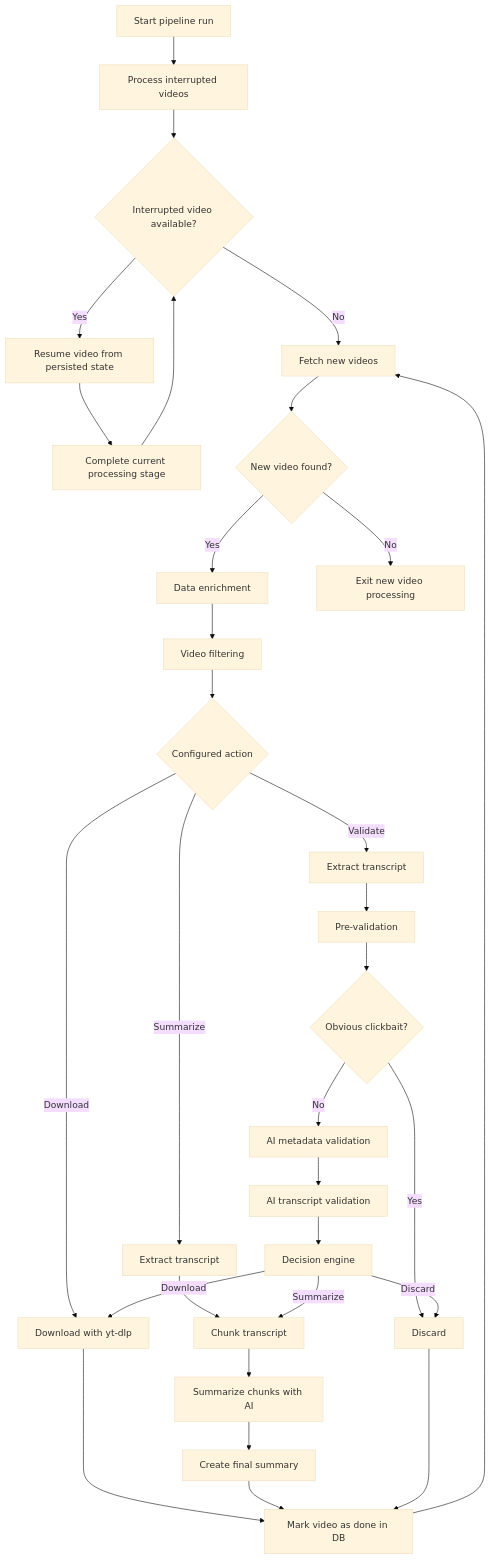
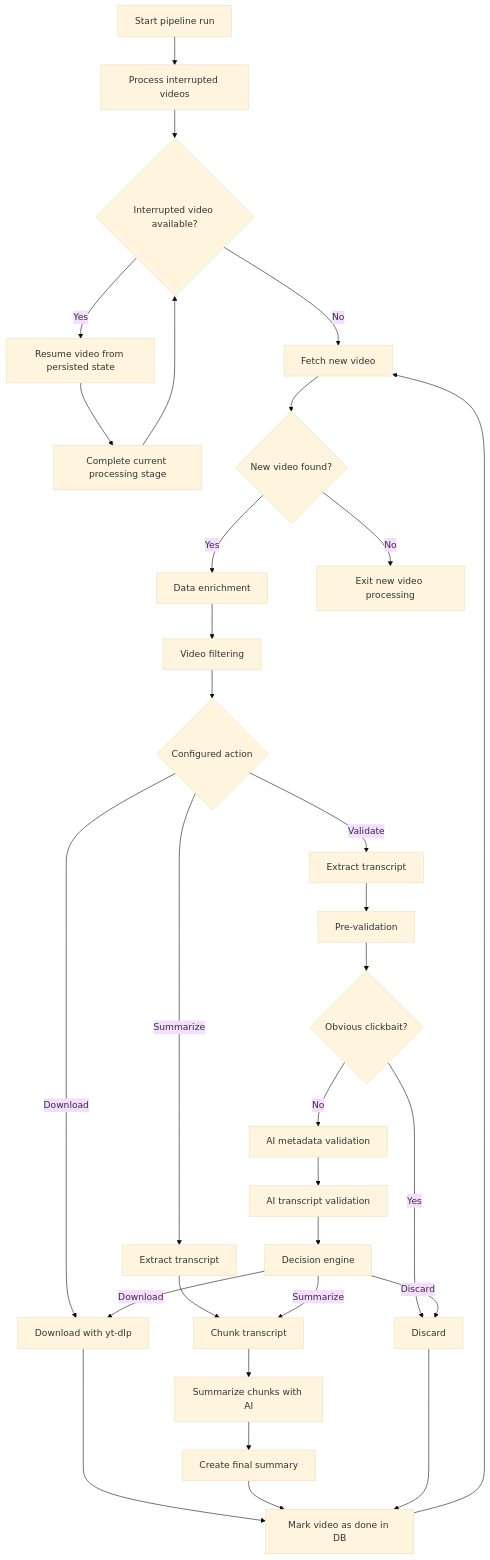
One commit to daemonnd/vidsift changed the second of 3 diagrams in README.md. Above: the diagram before and after it, drawn with Mermaid (base theme).

Commit message:
Fix typo in README for fetching new video

````diff
--- a/README.md
+++ b/README.md
@@ -93,42 +93,42 @@
 ```mermaid
 flowchart TD
 	A[Start pipeline run] --> C[Process interrupted videos]
     C --> D{Interrupted video available?}
 
     D -->|Yes| E[Resume video from persisted state]
     E --> F[Complete current processing stage]
     F --> D
 
-    D -->|No| G[Fetch new videos]
+    D -->|No| G[Fetch new video]
     G --> H{New video found?}
 
     H -->|Yes| I[Data enrichment]
     I --> J[Video filtering]
     J --> K{Configured action}
 
     K -->|Download| L[Download with yt-dlp]
     K -->|Summarize| M[Extract transcript]
     K -->|Validate| N[Extract transcript]
 
     M --> O[Chunk transcript]
     O --> P[Summarize chunks with AI]
     P --> Q[Create final summary]
 
     N --> R[Pre-validation]
     R --> S{Obvious clickbait?}
     S -->|Yes| T[Discard]
     S -->|No| U[AI metadata validation]
     U --> V[AI transcript validation]
     V --> W[Decision engine]
 
     W -->|Download| L
     W -->|Summarize| O
     W -->|Discard| T
 
     L --> X[Mark video as done in DB]
     Q --> X
     T --> X
     X --> G
 
     H -->|No| Y[Exit new video processing]
 ```
````
